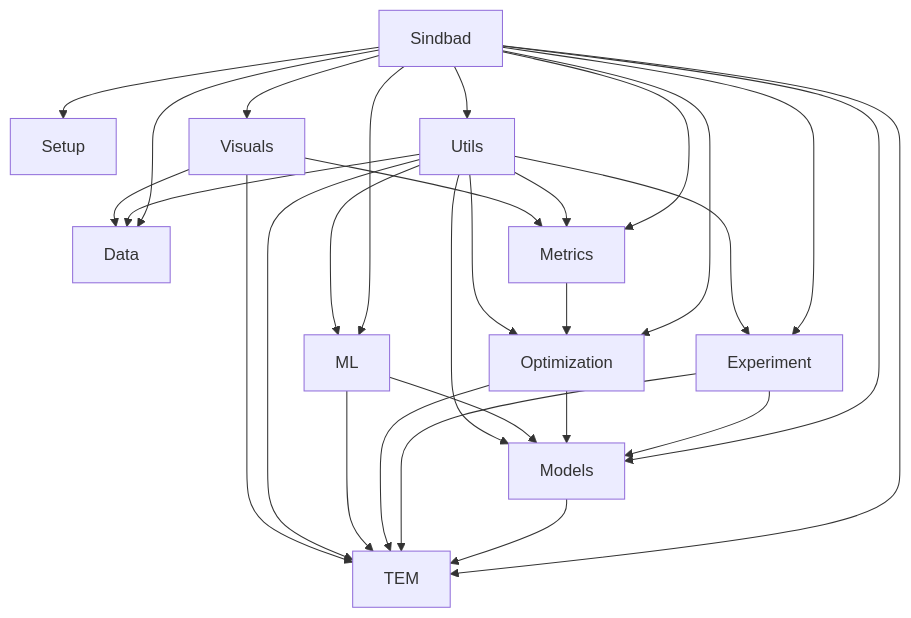
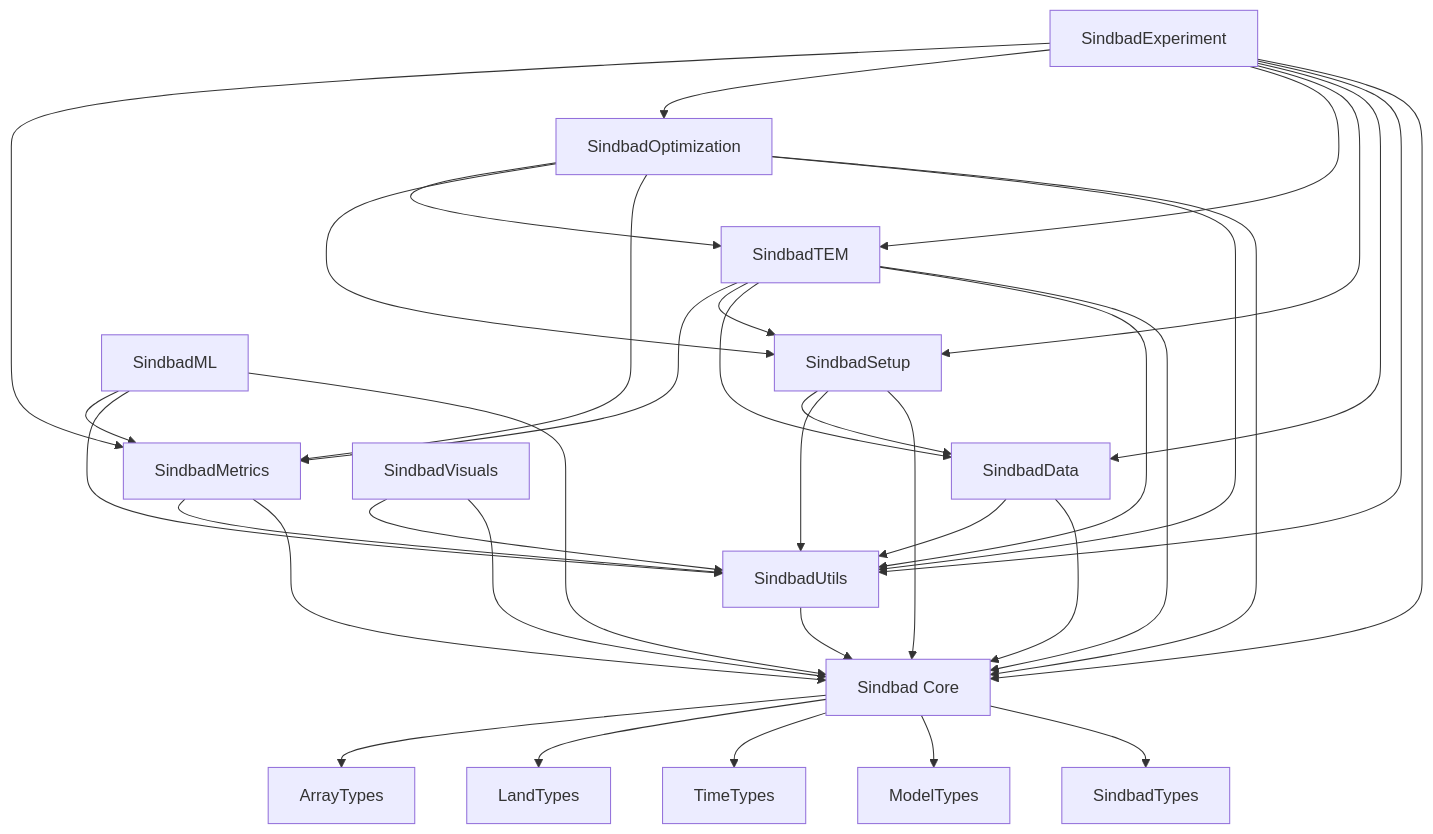
Before and after one commit to EarthyScience/SINDBAD: the diagram in docs/src/pages/code/overview.md, drawn with Mermaid. The commit also changed other lines of this file and 5 other files, not shown here.

Commit message:
try dependency graph

````diff
--- a/docs/src/pages/code/overview.md
+++ b/docs/src/pages/code/overview.md
@@ -38,31 +92,50 @@
 ```mermaid
 graph TD
-    A[Sindbad] --> B[Data]
-    A --> C[Experiment]
-    A --> D[Metrics]
-    A --> E[ML]
-    A --> F[Models]
-    A --> G[Optimization]
-    A --> H[Setup]
-    A --> I[TEM]
-    A --> J[Utils]
-    A --> K[Visuals]
-    F --> I
-    C --> F
-    C --> I
-    G --> F
-    G --> I
-    D --> G
-    E --> F
-    E --> I
-    J --> B
-    J --> C
-    J --> D
-    J --> E
-    J --> F
-    J --> G
-    J --> I
-    K --> B
-    K --> D
-    K --> I
+    %% Main Sindbad package
+    Sindbad[Sindbad Core] --> SindbadTypes[SindbadTypes]
+    
+    %% Core dependencies
+    Sindbad --> ModelTypes[ModelTypes]
+    Sindbad --> TimeTypes[TimeTypes]
+    Sindbad --> LandTypes[LandTypes]
+    Sindbad --> ArrayTypes[ArrayTypes]
+    
+    %% Lib packages
+    SindbadUtils[SindbadUtils] --> Sindbad
+    SindbadData[SindbadData] --> Sindbad
+    SindbadData --> SindbadUtils
+    
+    SindbadSetup[SindbadSetup] --> Sindbad
+    SindbadSetup --> SindbadUtils
+    SindbadSetup --> SindbadData
+    
+    SindbadMetrics[SindbadMetrics] --> Sindbad
+    SindbadMetrics --> SindbadUtils
+    
+    SindbadTEM[SindbadTEM] --> Sindbad
+    SindbadTEM --> SindbadUtils
+    SindbadTEM --> SindbadData
+    SindbadTEM --> SindbadSetup
+    SindbadTEM --> SindbadMetrics
+    
+    SindbadOptimization[SindbadOptimization] --> Sindbad
+    SindbadOptimization --> SindbadUtils
+    SindbadOptimization --> SindbadMetrics
+    SindbadOptimization --> SindbadSetup
+    SindbadOptimization --> SindbadTEM
+    
+    SindbadML[SindbadML] --> Sindbad
+    SindbadML --> SindbadUtils
+    SindbadML --> SindbadMetrics
+    
+    SindbadVisuals[SindbadVisuals] --> Sindbad
+    SindbadVisuals --> SindbadUtils
+    
+    SindbadExperiment[SindbadExperiment] --> Sindbad
+    SindbadExperiment --> SindbadUtils
+    SindbadExperiment --> SindbadData
+    SindbadExperiment --> SindbadSetup
+    SindbadExperiment --> SindbadTEM
+    SindbadExperiment --> SindbadOptimization
+    SindbadExperiment --> SindbadMetrics    
 ```
````
